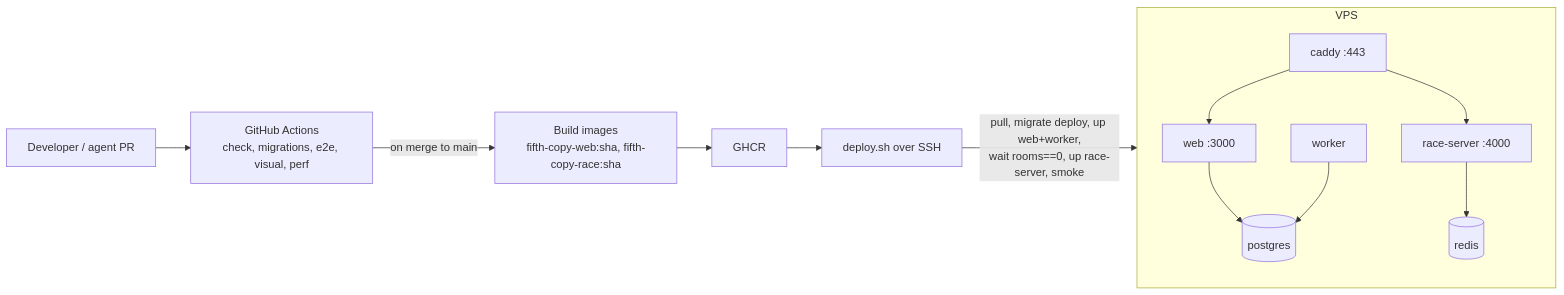
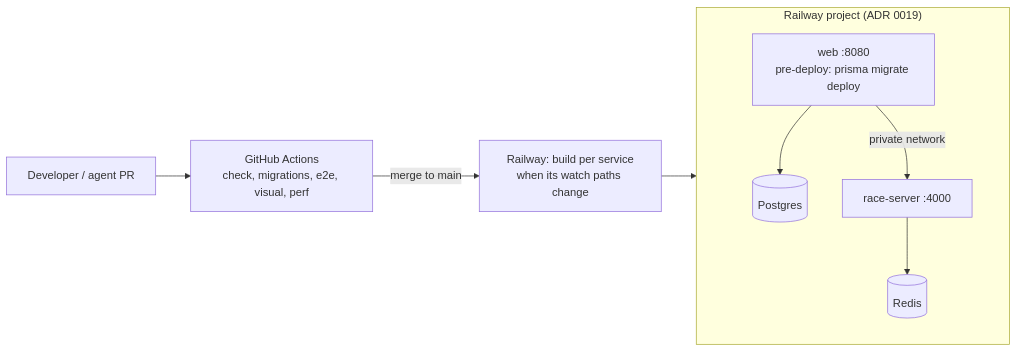
One commit to jimmy-razafindretsa/fifth-copy changed the sixth of 6 diagrams in docs/architecture/ARCHITECTURE.md. Above: the diagram before and after it, drawn with Mermaid. The commit also changed other lines of this file and 2 other files, not shown here.

First line of the commit message:
[#649] docs: ARCHITECTURE and AGENTS map follow ADR 0019 (Railway); delivery log

````diff
--- a/docs/architecture/ARCHITECTURE.md
+++ b/docs/architecture/ARCHITECTURE.md
@@ -365,15 +362,13 @@
 ```mermaid
 flowchart LR
   dev["Developer / agent PR"] --> ci["GitHub Actions<br/>check, migrations, e2e, visual, perf"]
-  ci -->|on merge to main| build["Build images<br/>fifth-copy-web:sha, fifth-copy-race:sha"]
-  build --> ghcr["GHCR"]
-  ghcr --> deploy["deploy.sh over SSH"]
-  subgraph vps["VPS"]
-    caddy["caddy :443"] --> web["web :3000"]
-    caddy --> race["race-server :4000"]
-    web --> pg[("postgres")]
-    worker["worker"] --> pg
-    race --> redis[("redis")]
+  ci -->|merge to main| railway["Railway: build per service<br/>when its watch paths change"]
+  subgraph rw["Railway project (ADR 0019)"]
+    web["web :8080<br/>pre-deploy: prisma migrate deploy"]
+    race["race-server :4000"]
+    web --> pg[("Postgres")]
+    race --> redis[("Redis")]
+    web -->|private network| race
   end
-  deploy -->|"pull, migrate deploy, up web+worker,<br/>wait rooms==0, up race-server, smoke"| vps
+  railway --> rw
 ```
````
